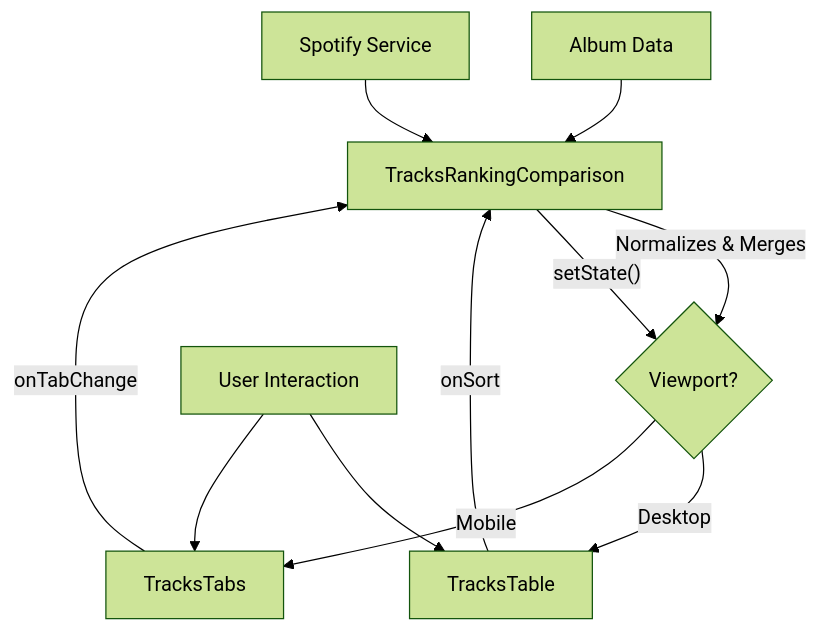
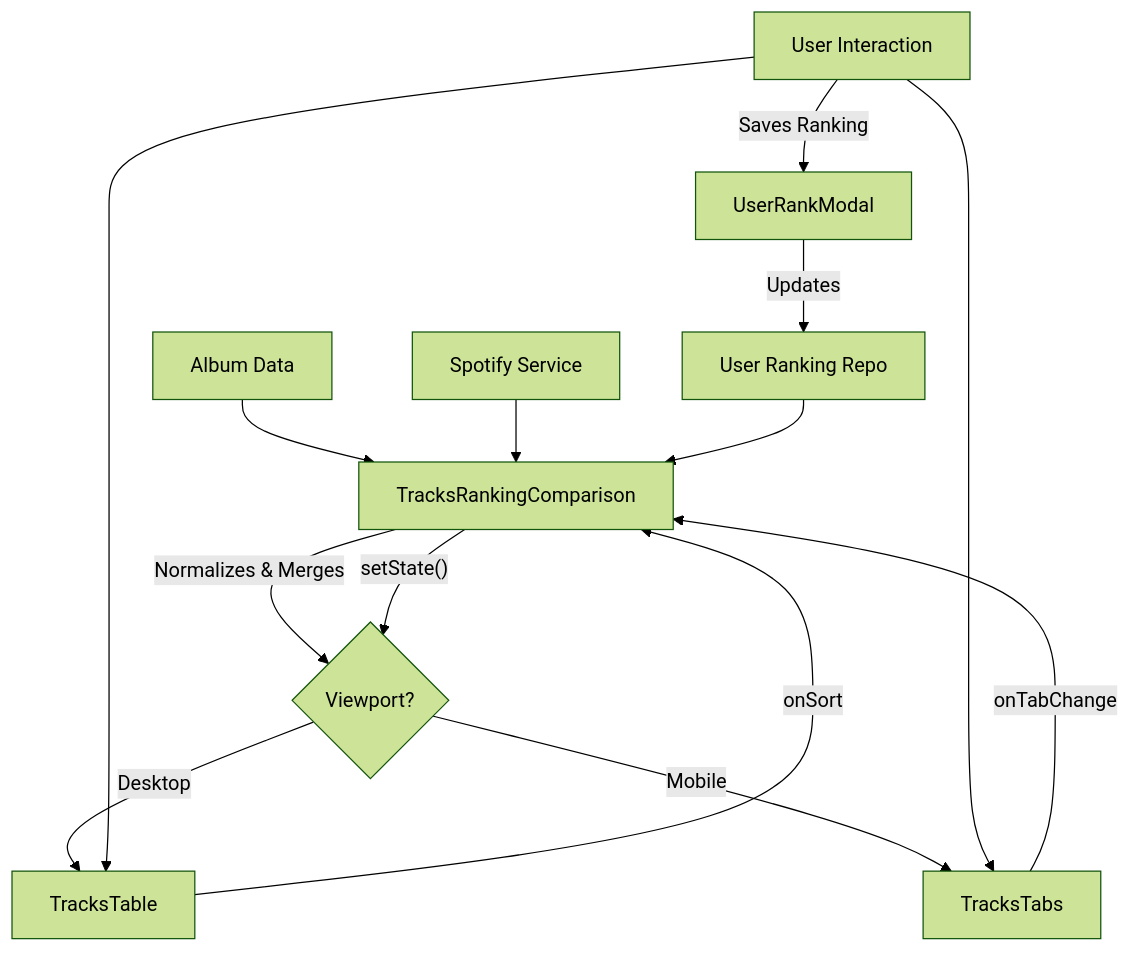
One commit to maujrp99/MJRP_AlbumsBalancedPlaylists_v0 changed the diagram in docs/manual/16_Frontend_Components_Search_and_Ranking.md. Above: the diagram before and after it, drawn with Mermaid (forest theme). The commit also changed other lines of this file and 7 other files, not shown here.

Commit message:
docs: sync manuals, roadmap and archive sprint 20 specs

````diff
--- a/docs/manual/16_Frontend_Components_Search_and_Ranking.md
+++ b/docs/manual/16_Frontend_Components_Search_and_Ranking.md
@@ -45,14 +49,18 @@
 ```mermaid
 graph TD
     A[Album Data] --> B[TracksRankingComparison]
     C[Spotify Service] --> B
+    G[User Ranking Repo] --> B
     B -- Normalizes & Merges --> D{Viewport?}
     D -- Desktop --> E[TracksTable]
     D -- Mobile --> F[TracksTabs]
     
     User[User Interaction] --> E
     User --> F
+    User -- Saves Ranking --> H[UserRankModal]
+    H -- Updates --> G
+    
     E -- onSort --> B
     F -- onTabChange --> B
     B -- setState() --> D
 ```
````
